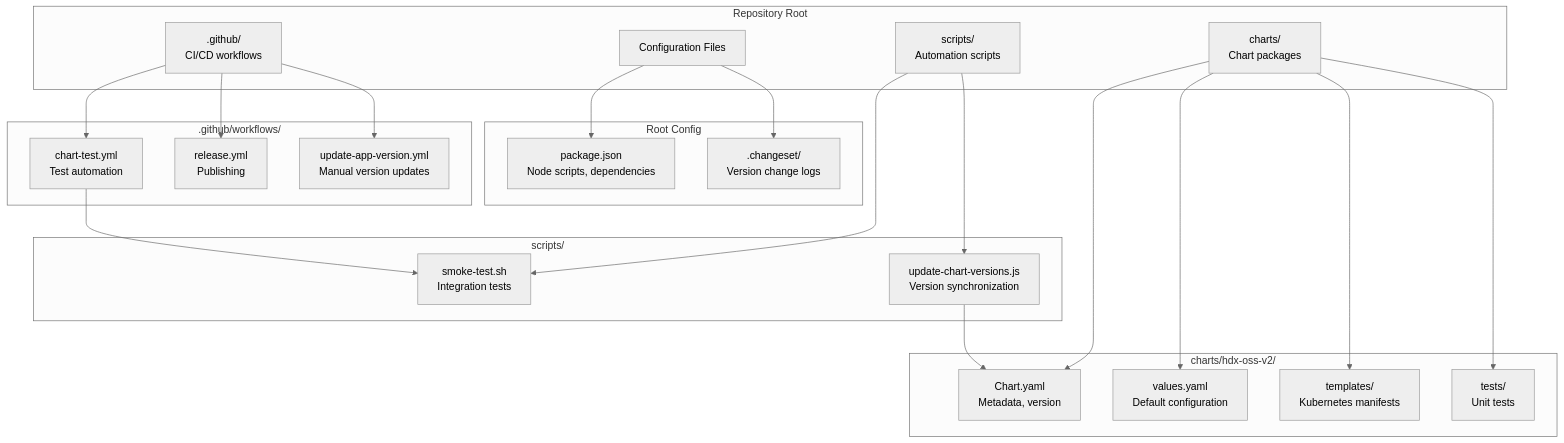
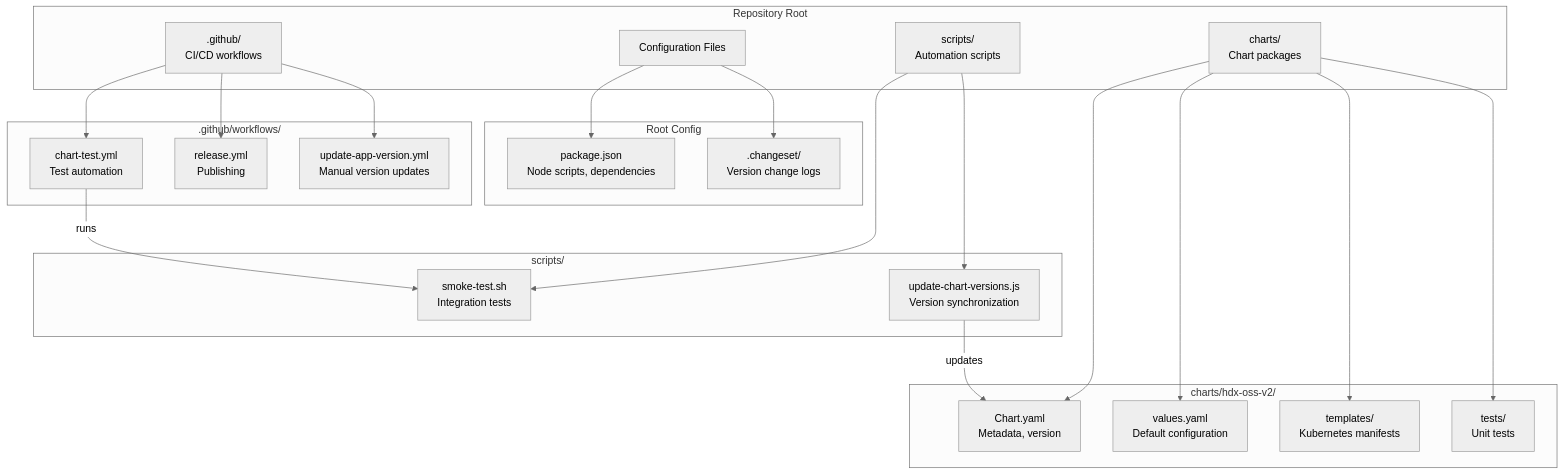
Before and after one commit to openchoreo/openchoreo: the first of 4 diagrams in docs/hyperdxio-helm-charts-docs/Development-Setup.md, drawn with Mermaid (neutral theme). The commit also changed other lines of this file and 85 other files, not shown here.

Commit message:
feat: Add new workflow and specification templates, update Helm chart dependencies, and clarify documentation diagrams.

````diff
--- a/docs/hyperdxio-helm-charts-docs/Development-Setup.md
+++ b/docs/hyperdxio-helm-charts-docs/Development-Setup.md
@@ -44,63 +44,63 @@
 ```mermaid
 flowchart TD
 
 Charts["charts/<br>Chart packages"]
 Scripts["scripts/<br>Automation scripts"]
 GitHub[".github/<br>CI/CD workflows"]
 Config["Configuration Files"]
 ChartYAML["Chart.yaml<br>Metadata, version"]
 ValuesYAML["values.yaml<br>Default configuration"]
 Templates["templates/<br>Kubernetes manifests"]
 Tests["tests/<br>Unit tests"]
 SmokeTest["smoke-test.sh<br>Integration tests"]
 UpdateVersions["update-chart-versions.js<br>Version synchronization"]
 ChartTestYML["chart-test.yml<br>Test automation"]
 ReleaseYML["release.yml<br>Publishing"]
 UpdateAppYML["update-app-version.yml<br>Manual version updates"]
 PackageJSON["package.json<br>Node scripts, dependencies"]
 ChangesetDir[".changeset/<br>Version change logs"]
 
 Charts --> ChartYAML
 Charts --> ValuesYAML
 Charts --> Templates
 Charts --> Tests
 Scripts --> SmokeTest
 Scripts --> UpdateVersions
 GitHub --> ChartTestYML
 GitHub --> ReleaseYML
 GitHub --> UpdateAppYML
 Config --> PackageJSON
 Config --> ChangesetDir
-UpdateVersions --> ChartYAML
-ChartTestYML --> SmokeTest
+UpdateVersions -->|"updates"| ChartYAML
+ChartTestYML -->|"runs"| SmokeTest
 
 subgraph subGraph4 ["Root Config"]
     PackageJSON
     ChangesetDir
 end
 
 subgraph .github/workflows/ [".github/workflows/"]
     ChartTestYML
     ReleaseYML
     UpdateAppYML
 end
 
 subgraph scripts/ ["scripts/"]
     SmokeTest
     UpdateVersions
 end
 
 subgraph charts/hdx-oss-v2/ ["charts/hdx-oss-v2/"]
     ChartYAML
     ValuesYAML
     Templates
     Tests
 end
 
 subgraph subGraph0 ["Repository Root"]
     Charts
     Scripts
     GitHub
     Config
 end
 ```
````
